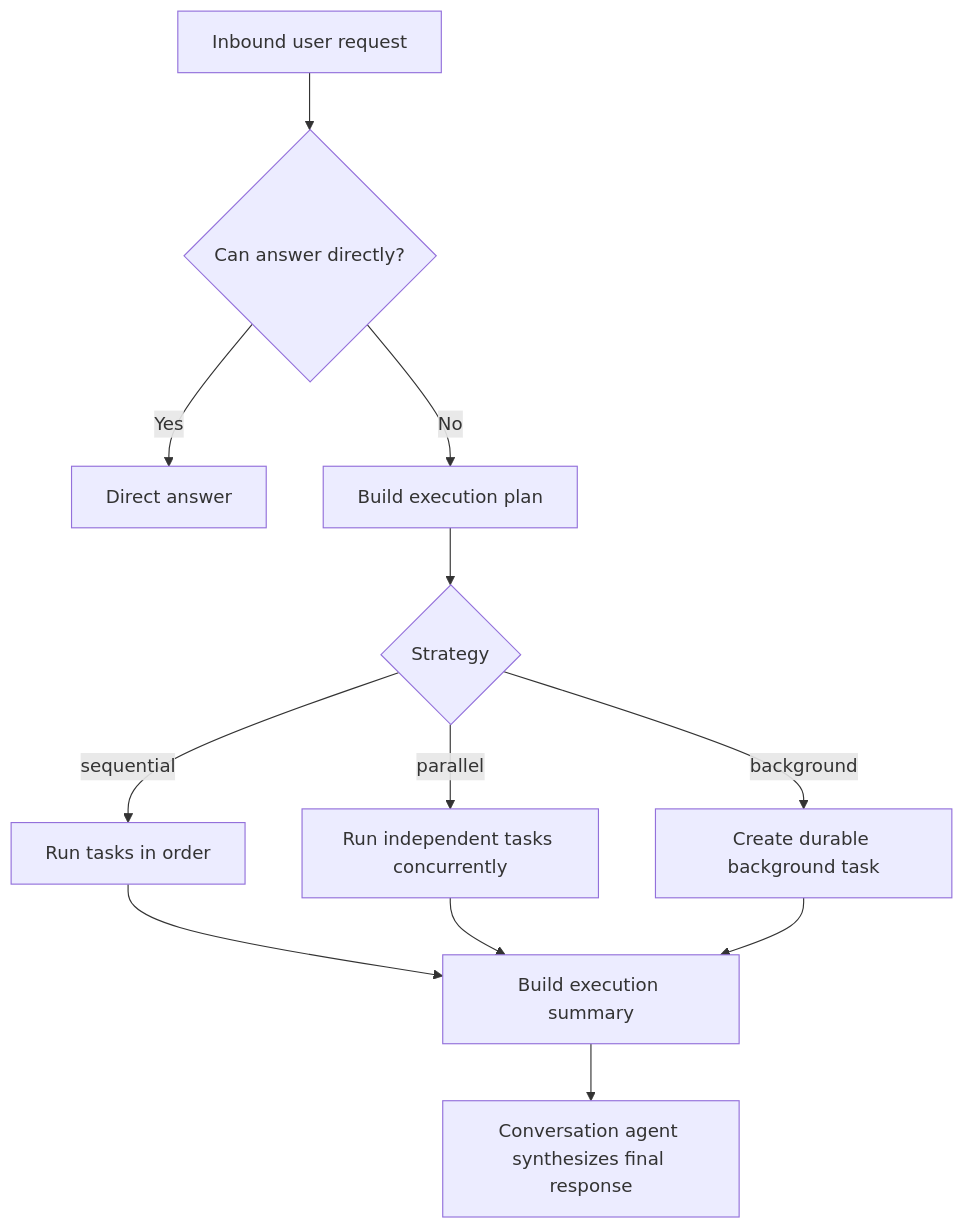
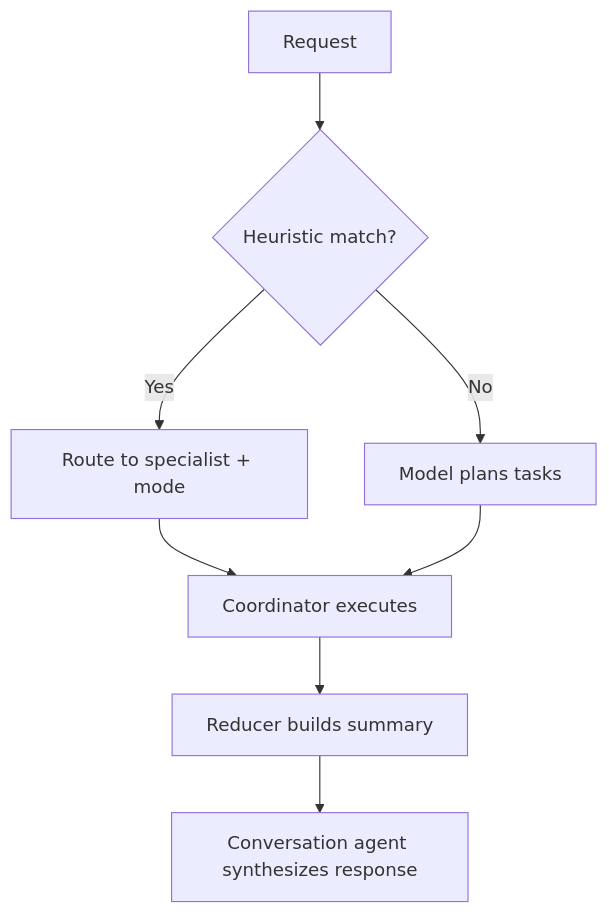
The third of 3 diagrams in docs/AGENT.md (punitarani/amby), drawn with Mermaid before and after one commit. The commit also changed other lines of this file, not shown here.

First line of the commit message:
Rewrite docs/AGENT.md with concise diagrams, tables, and verified source references

````diff
--- a/docs/AGENT.md
+++ b/docs/AGENT.md
@@ -205,16 +123,10 @@
 ```mermaid
 flowchart TD
-    Request[Inbound user request] --> Decide{Can answer directly?}
-    Decide -->|Yes| Direct[Direct answer]
-    Decide -->|No| Plan[Build execution plan]
-
-    Plan --> Strategy{Strategy}
-    Strategy -->|sequential| Seq[Run tasks in order]
-    Strategy -->|parallel| Par[Run independent tasks concurrently]
-    Strategy -->|background| Bg[Create durable background task]
-
-    Seq --> Reduce[Build execution summary]
-    Par --> Reduce
-    Bg --> Reduce
-    Reduce --> Final[Conversation agent synthesizes final response]
+    Req[Request] --> H{Heuristic match?}
+    H -->|Yes| Route[Route to specialist + mode]
+    H -->|No| MP[Model plans tasks]
+    Route --> Coord[Coordinator executes]
+    MP --> Coord
+    Coord --> Reduce[Reducer builds summary]
+    Reduce --> Conv[Conversation agent synthesizes response]
 ```
````
